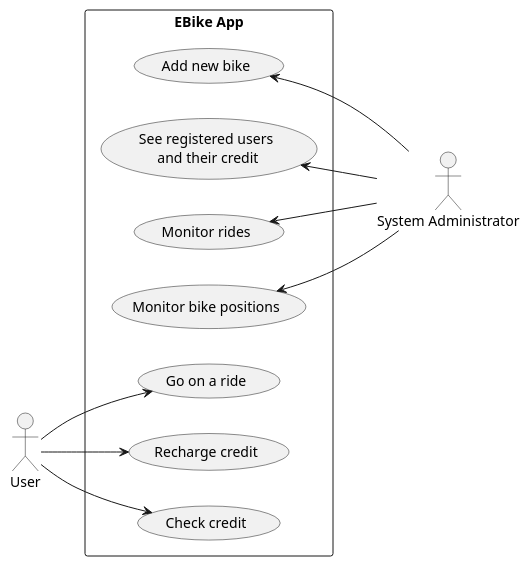
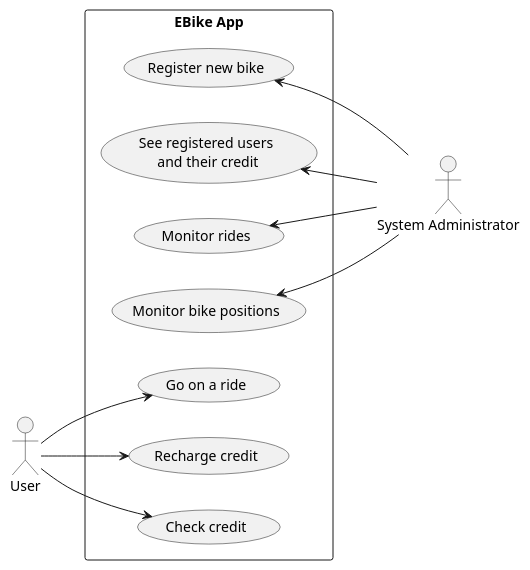
The diagram in doc/diagrams/src/use-cases.puml (Ventus218/SAP-assignment-02), drawn with PlantUML before and after one commit.

Commit message:
Changed use case name

```diff
--- a/doc/diagrams/src/use-cases.puml
+++ b/doc/diagrams/src/use-cases.puml
@@ -1,19 +1,19 @@
 @startuml use-cases
 
 actor "User"
 actor "System Administrator" as Admin
 
 left to right direction
 
 rectangle "EBike App" {
     User --> (Go on a ride)
     User --> (Recharge credit)
     User --> (Check credit)
 
     Admin -u-> (Monitor bike positions)
     Admin -u-> (Monitor rides)
     Admin -u-> (See registered users\n and their credit)
-    Admin -u-> (Add new bike)
+    Admin -u-> (Register new bike)
 }
 
 @enduml
```
